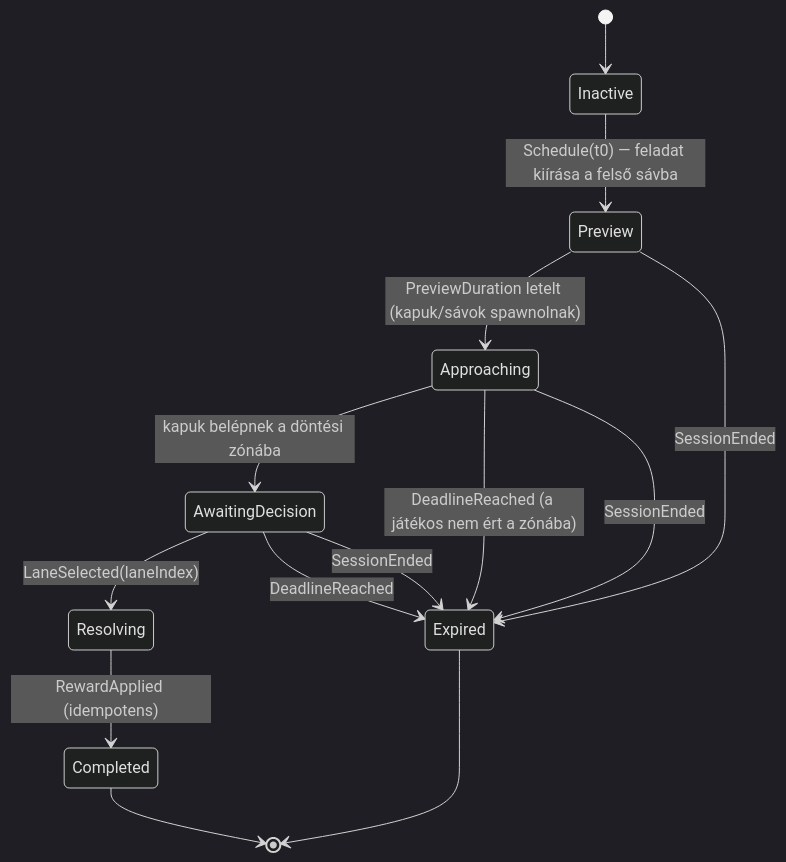
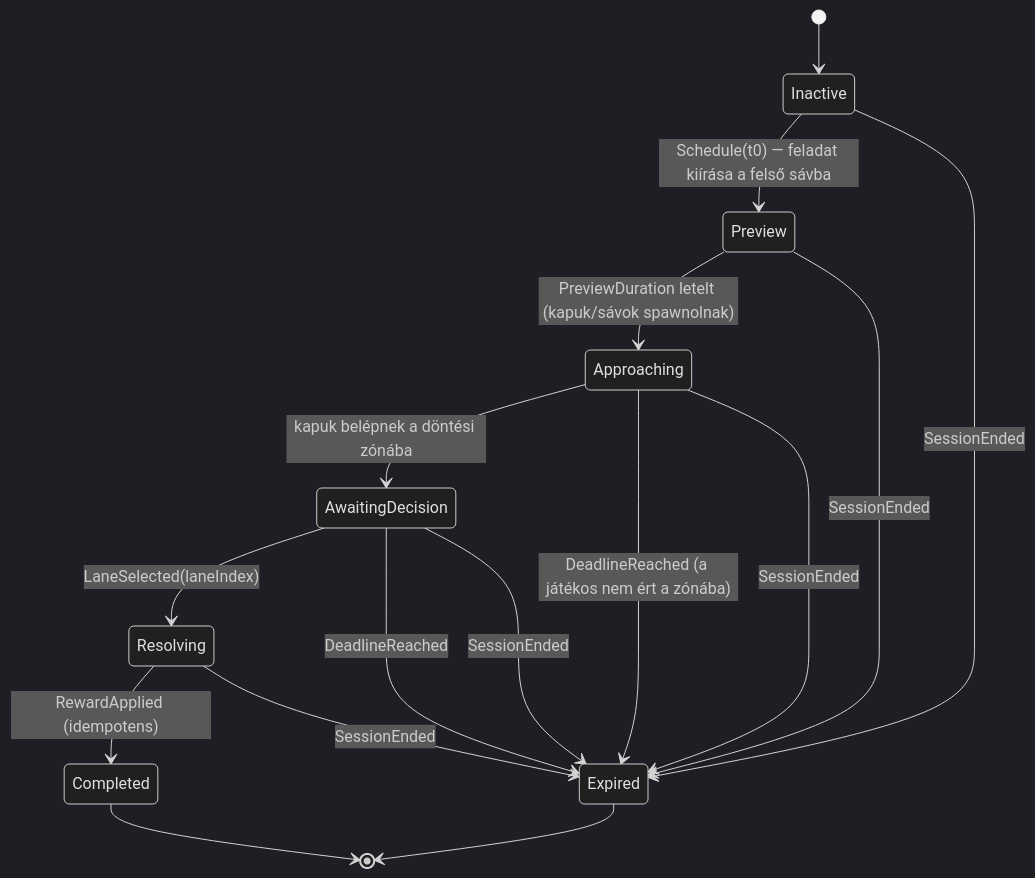
Before and after one commit to kmarkodotnet/mathwars: the third of 4 diagrams in docs/ARCHITECTURE.md, drawn with Mermaid (dark theme). The commit also changed other lines of this file and 1 other file, not shown here.

Commit message:
docs: align session-end math event transitions [F3-01]

````diff
--- a/docs/ARCHITECTURE.md
+++ b/docs/ARCHITECTURE.md
@@ -248,16 +248,18 @@
 ```mermaid
 stateDiagram-v2
     [*] --> Inactive
     Inactive --> Preview: Schedule(t0) — feladat kiírása a felső sávba
     Preview --> Approaching: PreviewDuration letelt (kapuk/sávok spawnolnak)
     Approaching --> AwaitingDecision: kapuk belépnek a döntési zónába
     Approaching --> Expired: DeadlineReached (a játékos nem ért a zónába)
     AwaitingDecision --> Resolving: LaneSelected(laneIndex)
     AwaitingDecision --> Expired: DeadlineReached
     Resolving --> Completed: RewardApplied (idempotens)
     Completed --> [*]
     Expired --> [*]
+    Inactive --> Expired: SessionEnded
     Preview --> Expired: SessionEnded
     Approaching --> Expired: SessionEnded
     AwaitingDecision --> Expired: SessionEnded
+    Resolving --> Expired: SessionEnded
 ```
````
